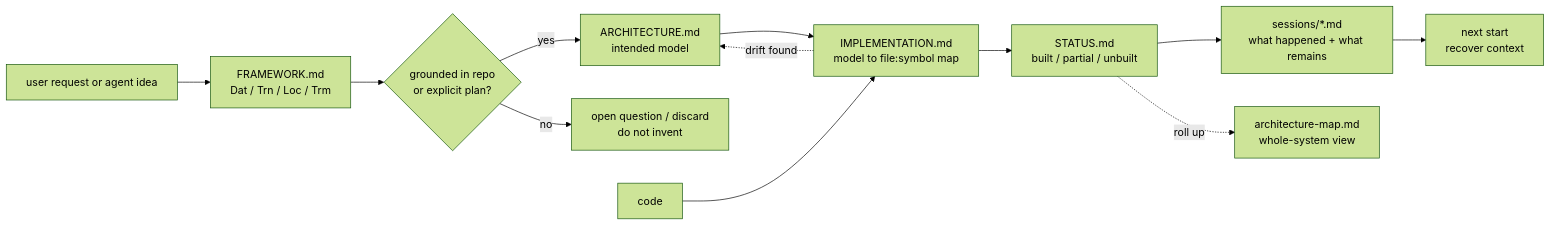
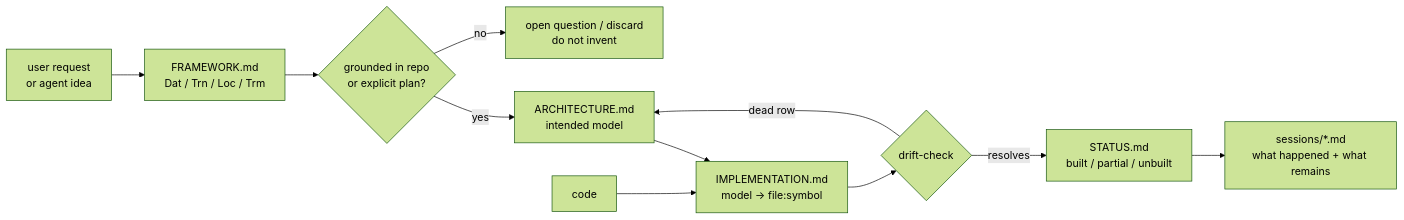
Before and after one commit to LessComplexity/supercharge: the second of 2 diagrams in README.md, drawn with Mermaid (forest theme). The commit also changed other lines of this file and 22 other files, not shown here.

First line of the commit message:
feat: rewrite category-architect as the supercharge plugin

````diff
--- a/README.md
+++ b/README.md
@@ -94,14 +194,13 @@
 ```mermaid
 flowchart LR
-  Request["user request or agent idea"] --> Framework["FRAMEWORK.md<br/>Dat / Trn / Loc / Trm"]
+  Request["user request<br/>or agent idea"] --> Framework["FRAMEWORK.md<br/>Dat / Trn / Loc / Trm"]
   Framework --> Grounded{"grounded in repo<br/>or explicit plan?"}
   Grounded -->|"yes"| Model["ARCHITECTURE.md<br/>intended model"]
   Grounded -->|"no"| Question["open question / discard<br/>do not invent"]
-  Model --> Impl["IMPLEMENTATION.md<br/>model to file:symbol map"]
-  Impl --> Status["STATUS.md<br/>built / partial / unbuilt"]
+  Model --> Impl["IMPLEMENTATION.md<br/>model → file:symbol"]
+  Impl --> Drift{"drift-check"}
+  Drift -->|"dead row"| Model
+  Drift -->|"resolves"| Status["STATUS.md<br/>built / partial / unbuilt"]
   Status --> Session["sessions/*.md<br/>what happened + what remains"]
-  Session --> StartAgain["next start<br/>recover context"]
   Code["code"] --> Impl
-  Impl -. drift found .-> Model
-  Status -. roll up .-> Map["architecture-map.md<br/>whole-system view"]
 ```
````
